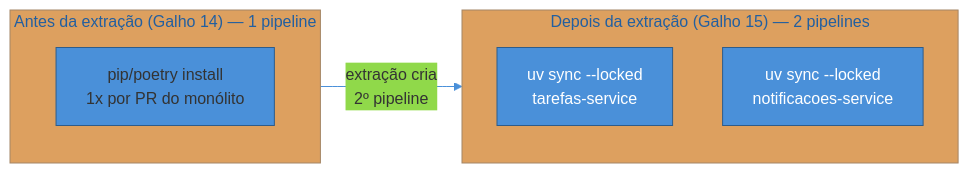
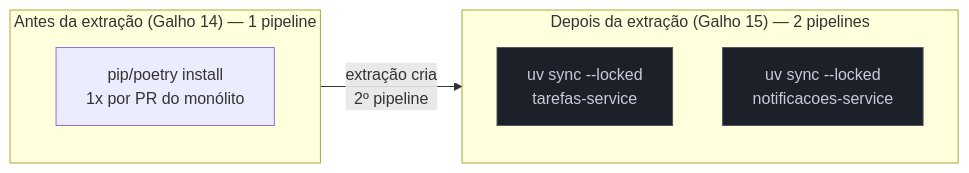
Before and after one commit to josenaldo/codex-technomanticus: the second of 4 diagrams in 03-Dominios/Tecnologia/Python/Build e tooling/08 - Capstone — tooling consistente nos dois serviços.md, drawn with Mermaid. The commit also changed other lines of this file and 1181 other files, not shown here.

First line of the commit message:
fix(diagramas): paleta do sistema no lugar de cor cravada no markdown

````diff
--- a/03-Dominios/Tecnologia/Python/Build e tooling/08 - Capstone — tooling consistente nos dois serviços.md
+++ b/03-Dominios/Tecnologia/Python/Build e tooling/08 - Capstone — tooling consistente nos dois serviços.md
@@ -195,17 +197,17 @@
 ```mermaid
-%%{init: {"theme": "base", "themeVariables": {"primaryColor": "#4A90D9", "primaryBorderColor": "#2E5C8A", "lineColor": "#4A90D9"}}}%%
 flowchart LR
+    classDef neutro fill:#1B2029,stroke:#4E5666,color:#C6CCD8
     subgraph Antes["Antes da extração (Galho 14) — 1 pipeline"]
         P1["pip/poetry install<br/>1x por PR do monólito"]
     end
 
     subgraph Depois["Depois da extração (Galho 15) — 2 pipelines"]
         P2["uv sync --locked<br/>tarefas-service"]
         P3["uv sync --locked<br/>notificacoes-service"]
     end
 
     Antes -->|"extração cria<br/>2º pipeline"| Depois
 
-    style P2 fill:#4A90D9,color:#fff
-    style P3 fill:#4A90D9,color:#fff
+    class P2 neutro
+    class P3 neutro
 ```
````
